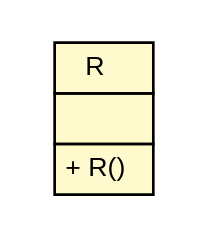
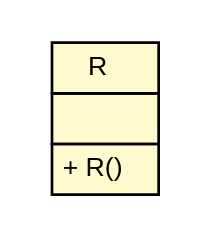
One commit to SidneyBovet/sweng-2013-quizapp changed the diagram in SwEng2013QuizApp/reports/epfl/sweng/R.dot. Above: the diagram before and after it, drawn with Graphviz. The commit also changed 146 other files, not shown here.

Commit message:
ant reports rerun to create the .png for UML

```diff
--- a/SwEng2013QuizApp/reports/epfl/sweng/R.dot
+++ b/SwEng2013QuizApp/reports/epfl/sweng/R.dot
@@ -1,24 +1,24 @@
 #!/usr/local/bin/dot
 #
 # Class diagram 
 # Generated by UMLGraph version R5_6_6-1-g9240c4 (http://www.umlgraph.org/)
 #
 
 digraph G {
-	edge [fontname="arial",fontsize=10,labelfontname="arial",labelfontsize=10];
-	node [fontname="arial",fontsize=10,shape=plaintext];
+	edge [fontname="Helvetica",fontsize=10,labelfontname="Helvetica",labelfontsize=10];
+	node [fontname="Helvetica",fontsize=10,shape=plaintext];
 	nodesep=0.25;
 	ranksep=0.5;
 	// epfl.sweng.R
-	c446 [label=<<table title="epfl.sweng.R" border="0" cellborder="1" cellspacing="0" cellpadding="2" port="p" bgcolor="lemonChiffon" href="./R.html">
+	c523 [label=<<table title="epfl.sweng.R" border="0" cellborder="1" cellspacing="0" cellpadding="2" port="p" bgcolor="lemonChiffon" href="./R.html">
 		<tr><td><table border="0" cellspacing="0" cellpadding="1">
 <tr><td align="center" balign="center"> R </td></tr>
 		</table></td></tr>
 		<tr><td><table border="0" cellspacing="0" cellpadding="1">
 <tr><td align="left" balign="left">  </td></tr>
 		</table></td></tr>
 		<tr><td><table border="0" cellspacing="0" cellpadding="1">
 <tr><td align="left" balign="left"> + R() </td></tr>
 		</table></td></tr>
-		</table>>, URL="./R.html", fontname="arial", fontcolor="black", fontsize=10.0];
+		</table>>, URL="./R.html", fontname="Helvetica", fontcolor="black", fontsize=10.0];
 }
```
